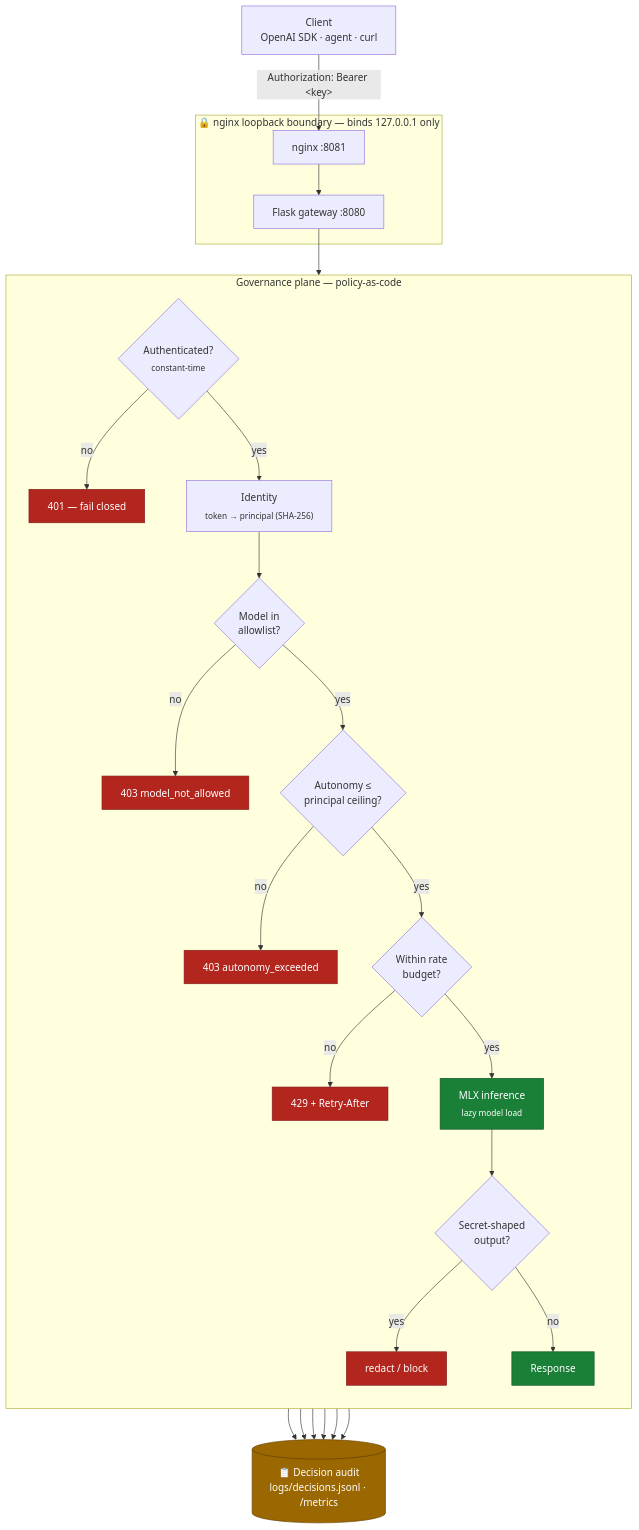
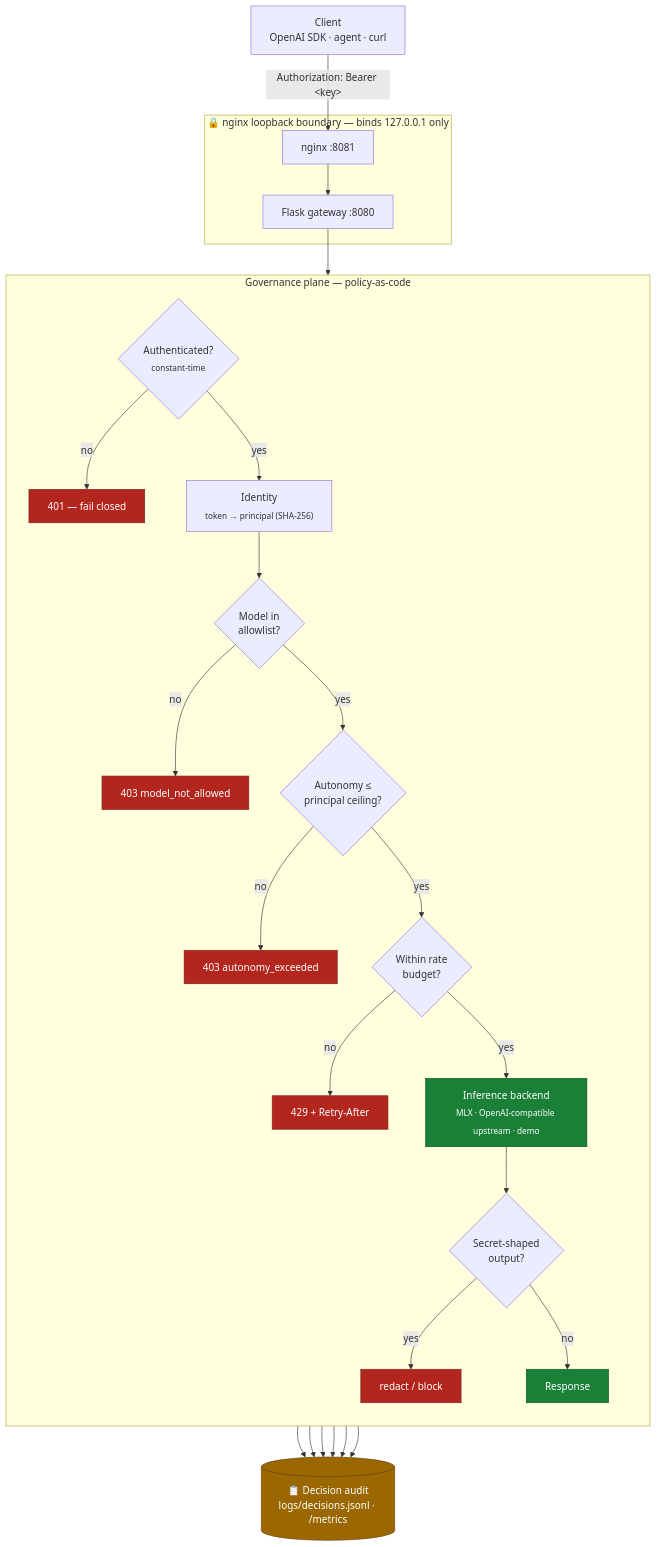
Before and after one commit to debshikhar-sec/private-ai-infra: the first of 2 diagrams in README.md, drawn with Mermaid. The commit also changed other lines of this file and 30 other files, not shown here.

````diff
--- a/README.md
+++ b/README.md
@@ -37,49 +39,49 @@
 ```mermaid
 flowchart TB
     C["Client<br/>OpenAI SDK · agent · curl"]
 
     subgraph BOUND["🔒 nginx loopback boundary — binds 127.0.0.1 only"]
       NG["nginx&nbsp;:8081"] --> FL["Flask gateway&nbsp;:8080"]
     end
 
     C -->|"Authorization: Bearer &lt;key&gt;"| NG
 
     subgraph GOV["Governance plane — policy-as-code"]
       direction TB
       A1{"Authenticated?<br/><sub>constant-time</sub>"}
       A2["Identity<br/><sub>token → principal (SHA-256)</sub>"]
       A3{"Model in<br/>allowlist?"}
       A4{"Autonomy ≤<br/>principal ceiling?"}
       A5{"Within rate<br/>budget?"}
-      INF["MLX inference<br/><sub>lazy model load</sub>"]
+      INF["Inference backend<br/><sub>MLX · OpenAI-compatible upstream · demo</sub>"]
       G{"Secret-shaped<br/>output?"}
       OUT["Response"]
 
       A1 -->|no| D401["401 — fail closed"]
       A1 -->|yes| A2 --> A3
       A3 -->|no| D403m["403 model_not_allowed"]
       A3 -->|yes| A4
       A4 -->|no| D403a["403 autonomy_exceeded"]
       A4 -->|yes| A5
       A5 -->|no| D429["429 + Retry-After"]
       A5 -->|yes| INF --> G
       G -->|yes| RB["redact / block"]
       G -->|no| OUT
     end
 
     FL --> A1
     D401 --> AUD
     D403m --> AUD
     D403a --> AUD
     D429 --> AUD
     RB --> AUD
     OUT --> AUD
     AUD[("📋 Decision audit<br/>logs/decisions.jsonl · /metrics")]
 
     classDef deny fill:#b3261e,stroke:#7f1d1d,color:#fff;
     classDef ok fill:#1a7f37,stroke:#0f5323,color:#fff;
     classDef store fill:#9a6700,stroke:#633c01,color:#fff;
     class D401,D403m,D403a,D429,RB deny;
     class OUT,INF ok;
     class AUD store;
 ```
````
